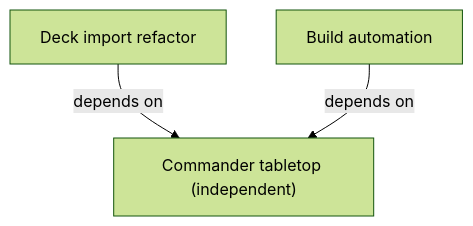
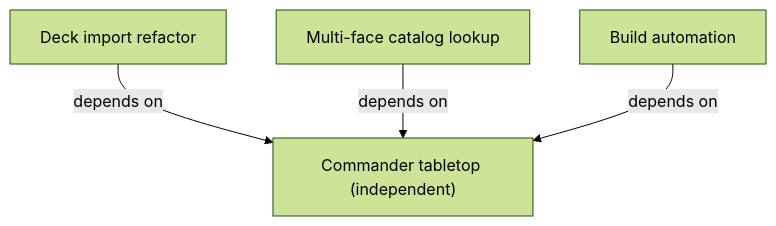
One commit to gossagomez-new/mtgcmd changed the diagram in spec/INDEX.md. Above: the diagram before and after it, drawn with Mermaid (forest theme). The commit also changed other lines of this file and 3 other files, not shown here.

Commit message:
fix(catalog): resolve full multi-face card names

````diff
--- a/spec/INDEX.md
+++ b/spec/INDEX.md
@@ -13,8 +14,10 @@
 ```mermaid
 flowchart TD
     tabletop["Commander tabletop (independent)"]
     build["Build automation"]
     imports["Deck import refactor"]
     imports -->|depends on| tabletop
+    catalog["Multi-face catalog lookup"]
+    catalog -->|depends on| tabletop
     build -->|depends on| tabletop
 ```
````
